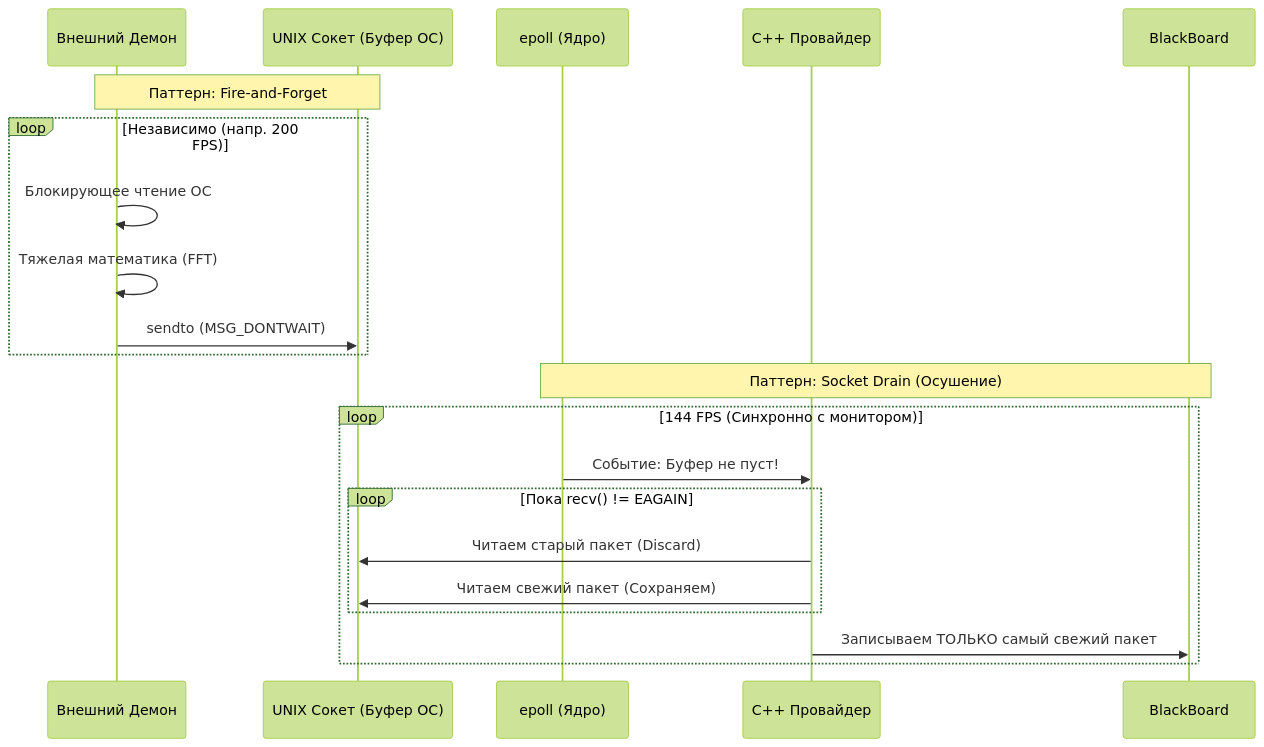
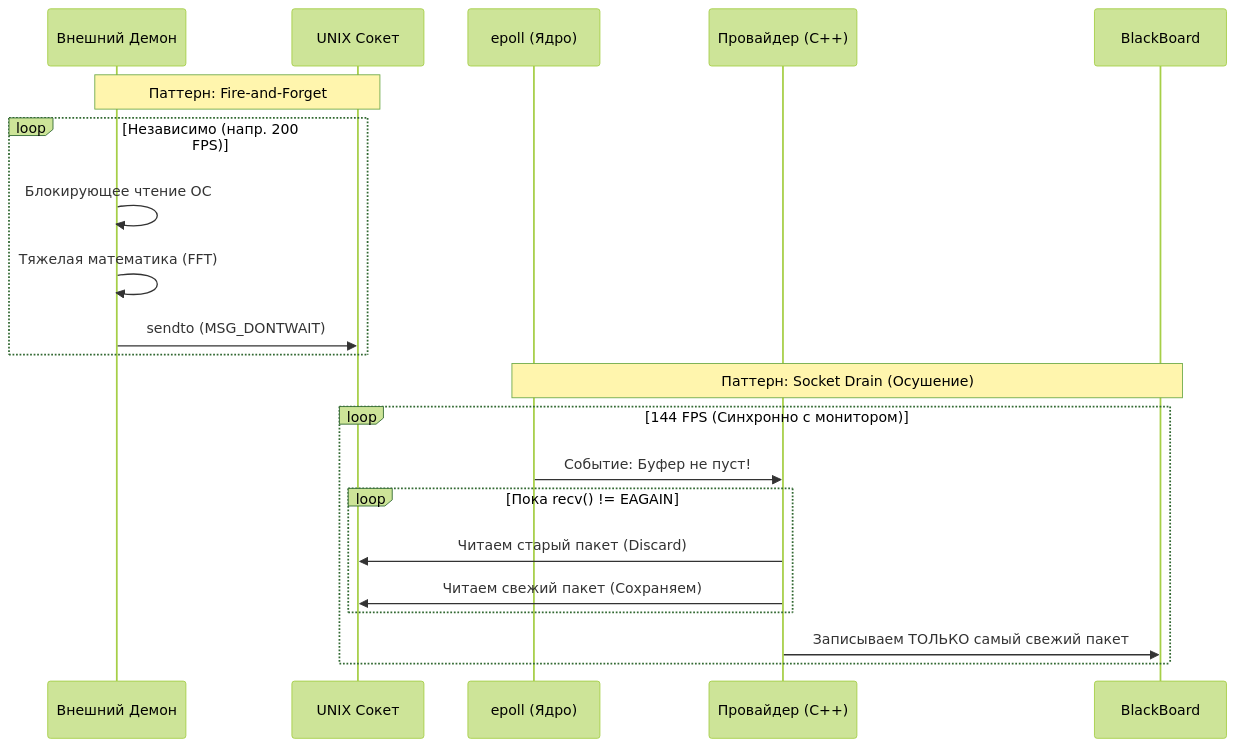
The second of 4 diagrams in docs/ru/07-architecture-overview.md (KMartianov/shader-desk), drawn with Mermaid (forest theme) before and after one commit. The commit also changed other lines of this file, not shown here.

````diff
--- a/docs/ru/07-architecture-overview.md
+++ b/docs/ru/07-architecture-overview.md
@@ -108,25 +108,25 @@
 ```mermaid
 sequenceDiagram
     participant D as Внешний Демон
-    participant S as UNIX Сокет (Буфер ОС)
+    participant S as UNIX Сокет
     participant E as epoll (Ядро)
-    participant P as C++ Провайдер
+    participant P as Провайдер (C++)
     participant B as BlackBoard
 
     Note over D, S: Паттерн: Fire-and-Forget
     loop Независимо (напр. 200 FPS)
         D->>D: Блокирующее чтение ОС
         D->>D: Тяжелая математика (FFT)
         D->>S: sendto (MSG_DONTWAIT)
     end
     
     Note over E, B: Паттерн: Socket Drain (Осушение)
     loop 144 FPS (Синхронно с монитором)
         E->>P: Событие: Буфер не пуст!
         loop Пока recv() != EAGAIN
             P->>S: Читаем старый пакет (Discard)
             P->>S: Читаем свежий пакет (Сохраняем)
         end
         P->>B: Записываем ТОЛЬКО самый свежий пакет
     end
 ```
````
